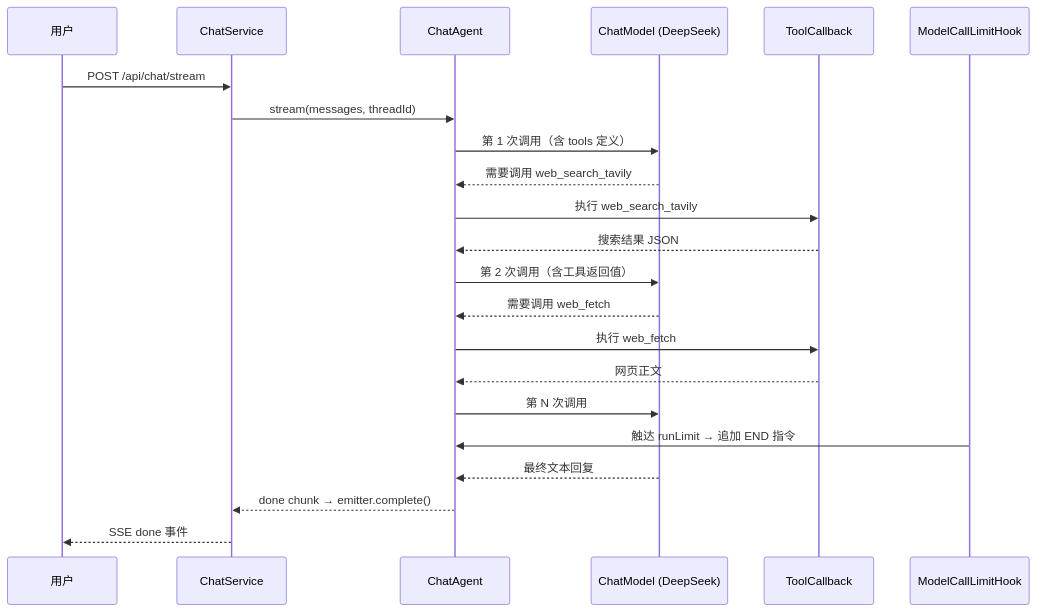
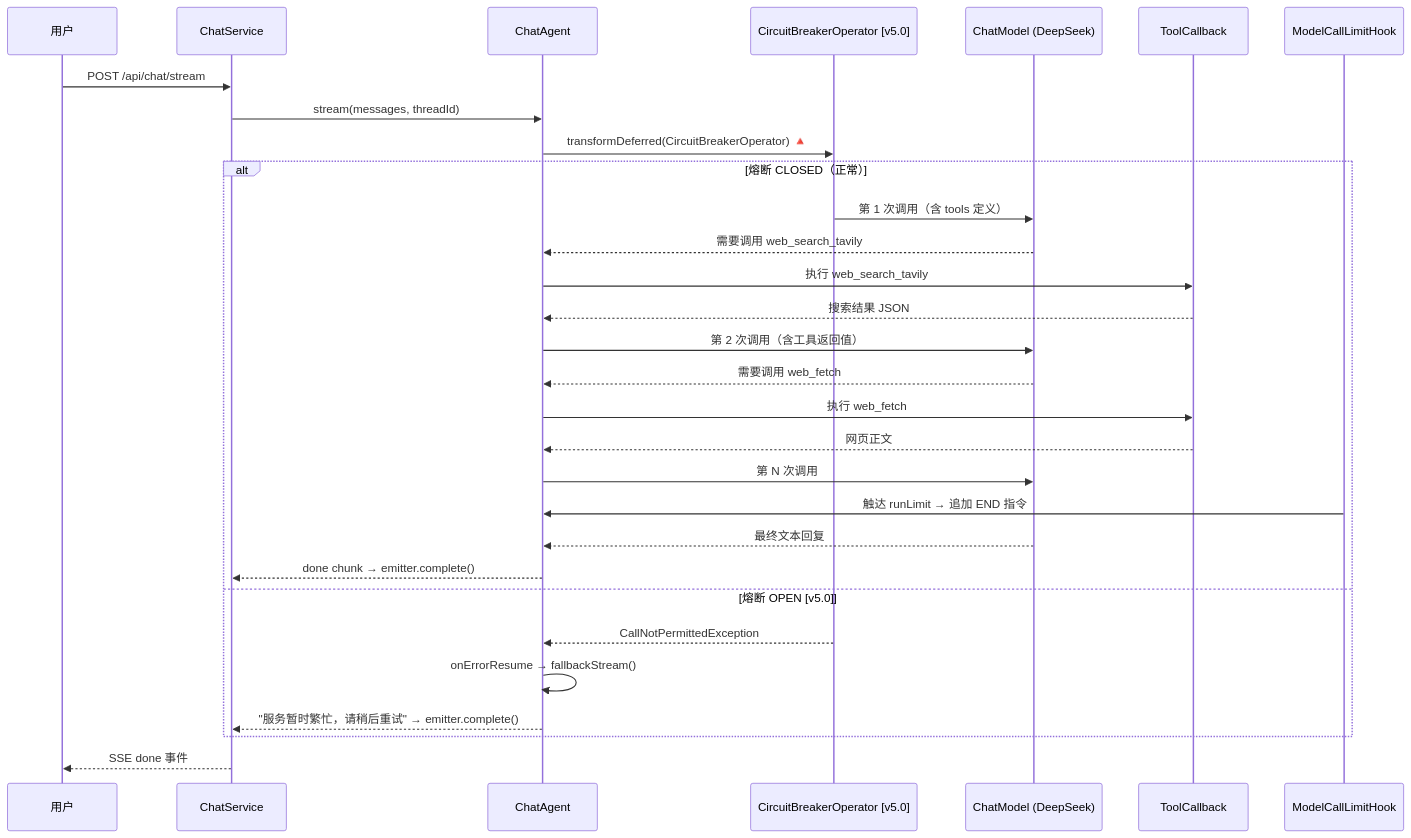
One commit to Yuyu123fish/Fish-Agent changed the second of 2 diagrams in document/模块要点/模块1-Agent核心与工具链.md. Above: the diagram before and after it, drawn with Mermaid. The commit also changed other lines of this file and 15270 other files, not shown here.

````diff
--- a/document/模块要点/模块1-Agent核心与工具链.md
+++ b/document/模块要点/模块1-Agent核心与工具链.md
@@ -54,25 +55,35 @@
 ```mermaid
 sequenceDiagram
     participant User as 用户
     participant CS as ChatService
     participant Agent as ChatAgent
+    participant CB as CircuitBreakerOperator [v5.0]
     participant LLM as ChatModel (DeepSeek)
     participant Tool as ToolCallback
     participant Hook as ModelCallLimitHook
 
     User->>CS: POST /api/chat/stream
     CS->>Agent: stream(messages, threadId)
-    Agent->>LLM: 第 1 次调用（含 tools 定义）
-    LLM-->>Agent: 需要调用 web_search_tavily
-    Agent->>Tool: 执行 web_search_tavily
-    Tool-->>Agent: 搜索结果 JSON
-    Agent->>LLM: 第 2 次调用（含工具返回值）
-    LLM-->>Agent: 需要调用 web_fetch
-    Agent->>Tool: 执行 web_fetch
-    Tool-->>Agent: 网页正文
-    Agent->>LLM: 第 N 次调用
-    Hook->>Agent: 触达 runLimit → 追加 END 指令
-    LLM-->>Agent: 最终文本回复
-    Agent-->>CS: done chunk → emitter.complete()
+    Agent->>CB: transformDeferred(CircuitBreakerOperator) 🔺
+
+    alt 熔断 CLOSED（正常）
+        CB->>LLM: 第 1 次调用（含 tools 定义）
+        LLM-->>Agent: 需要调用 web_search_tavily
+        Agent->>Tool: 执行 web_search_tavily
+        Tool-->>Agent: 搜索结果 JSON
+        Agent->>LLM: 第 2 次调用（含工具返回值）
+        LLM-->>Agent: 需要调用 web_fetch
+        Agent->>Tool: 执行 web_fetch
+        Tool-->>Agent: 网页正文
+        Agent->>LLM: 第 N 次调用
+        Hook->>Agent: 触达 runLimit → 追加 END 指令
+        LLM-->>Agent: 最终文本回复
+        Agent-->>CS: done chunk → emitter.complete()
+    else 熔断 OPEN [v5.0]
+        CB-->>Agent: CallNotPermittedException
+        Agent->>Agent: onErrorResume → fallbackStream()
+        Agent-->>CS: "服务暂时繁忙，请稍后重试" → emitter.complete()
+    end
+
     CS-->>User: SSE done 事件
 ```
````
